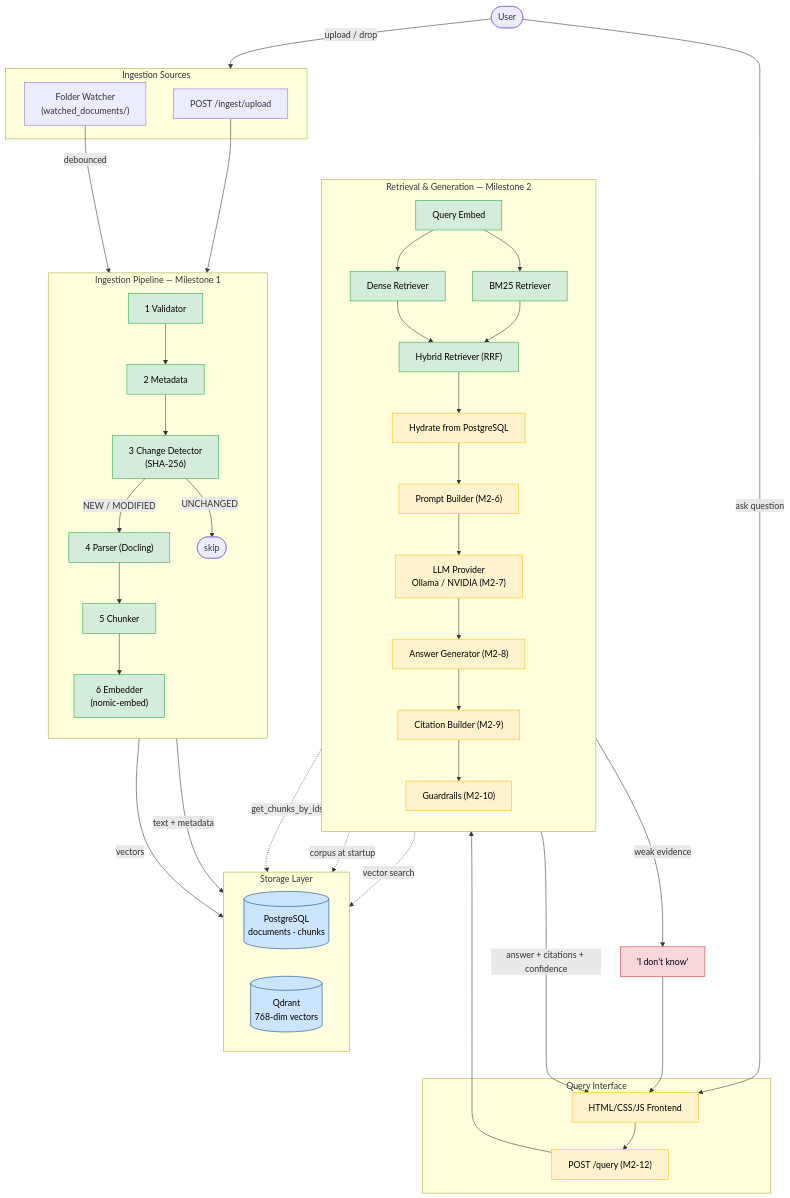
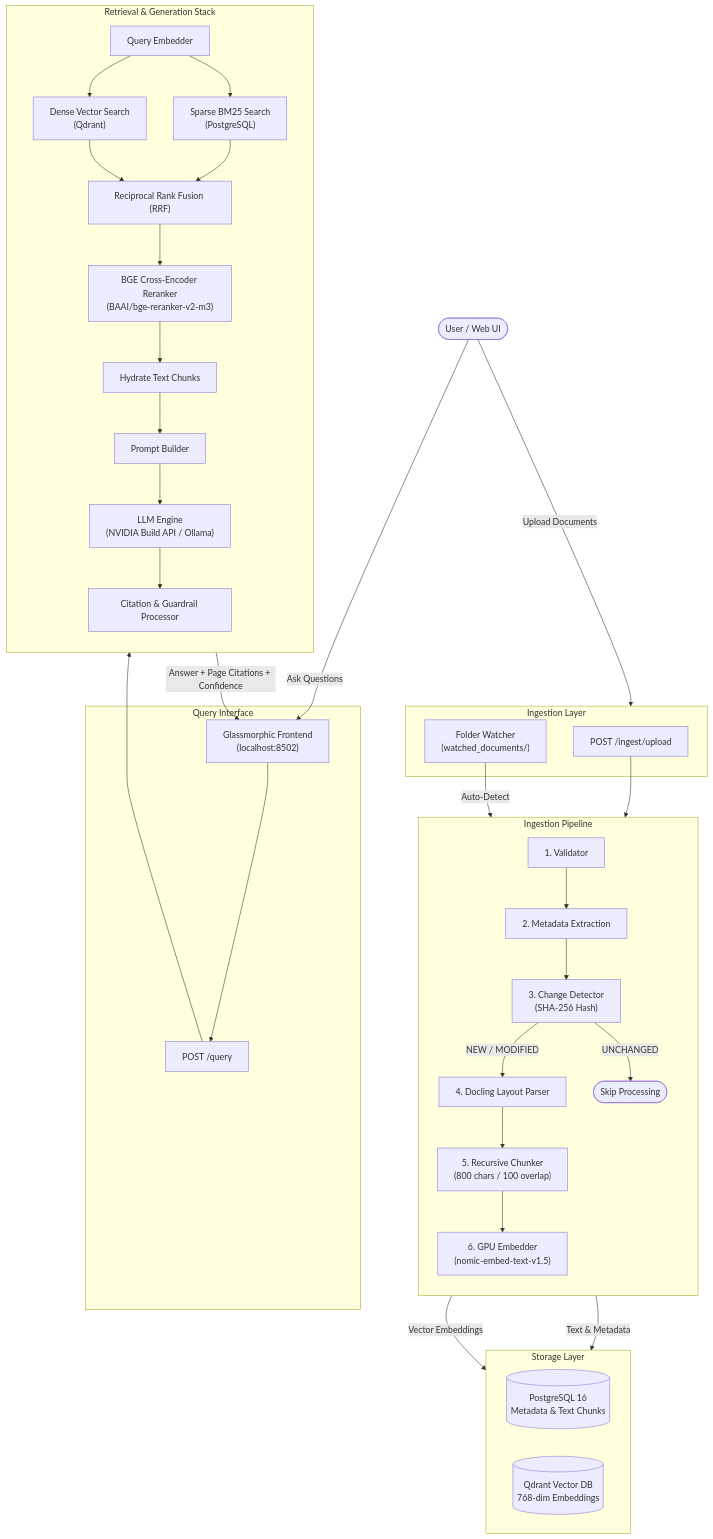
Before and after one commit to verdhanyash/AtlasIQ: the diagram in README.md, drawn with Mermaid. The commit also changed other lines of this file, not shown here.

Commit message:
docs: Redesign README.md with comprehensive end-to-end architecture, features, tech stack, and API documentation

````diff
--- a/README.md
+++ b/README.md
@@ -105,68 +40,54 @@
 ```mermaid
 flowchart TB
-    User([User])
+    User([User / Web UI])
 
-    subgraph EntryPoints["Ingestion Sources"]
+    subgraph EntryPoints["Ingestion Layer"]
         UploadAPI["POST /ingest/upload"]
         FolderWatcher["Folder Watcher<br/>(watched_documents/)"]
     end
 
     subgraph QueryEntry["Query Interface"]
-        FrontendUI["HTML/CSS/JS Frontend"]
-        QueryAPI["POST /query (M2-12)"]
+        FrontendUI["Glassmorphic Frontend<br/>(localhost:8502)"]
+        QueryAPI["POST /query"]
     end
 
-    User -->|upload / drop| EntryPoints
-    User -->|ask question| FrontendUI --> QueryAPI
+    User -->|Upload Documents| EntryPoints
+    User -->|Ask Questions| FrontendUI --> QueryAPI
 
-    subgraph Ingestion["Ingestion Pipeline — Milestone 1"]
+    subgraph IngestionPipeline["Ingestion Pipeline"]
         direction TB
-        Validator["1 Validator"] --> Metadata["2 Metadata"]
-        Metadata --> ChangeDetect["3 Change Detector<br/>(SHA-256)"]
-        ChangeDetect -->|NEW / MODIFIED| Parser["4 Parser (Docling)"]
-        ChangeDetect -->|UNCHANGED| Skip([skip])
-        Parser --> Chunker["5 Chunker"] --> Embedder["6 Embedder<br/>(nomic-embed)"]
+        Validator["1. Validator"] --> Metadata["2. Metadata Extraction"]
+        Metadata --> ChangeDetect["3. Change Detector<br/>(SHA-256 Hash)"]
+        ChangeDetect -->|NEW / MODIFIED| Parser["4. Docling Layout Parser"]
+        ChangeDetect -->|UNCHANGED| Skip([Skip Processing])
+        Parser --> Chunker["5. Recursive Chunker<br/>(800 chars / 100 overlap)"]
+        Chunker --> Embedder["6. GPU Embedder<br/>(nomic-embed-text-v1.5)"]
     end
 
     UploadAPI --> Validator
-    FolderWatcher -->|debounced| Validator
+    FolderWatcher -->|Auto-Detect| Validator
 
-    subgraph Storage["Storage Layer"]
+    subgraph StorageLayer["Storage Layer"]
         direction LR
-        PostgreSQL[("PostgreSQL<br/>documents · chunks")]
-        Qdrant[("Qdrant<br/>768-dim vectors")]
+        PostgreSQL[("PostgreSQL 16<br/>Metadata & Text Chunks")]
+        Qdrant[("Qdrant Vector DB<br/>768-dim Embeddings")]
     end
 
-    Embedder -->|text + metadata| PostgreSQL
-    Embedder -->|vectors| Qdrant
+    Embedder -->|Text & Metadata| PostgreSQL
+    Embedder -->|Vector Embeddings| Qdrant
 
-    subgraph Retrieval["Retrieval &amp; Generation — Milestone 2"]
+    subgraph RetrievalPipeline["Retrieval & Generation Stack"]
         direction TB
-        QEmbed["Query Embed"] --> Dense["Dense Retriever"] & BM25["BM25 Retriever"]
-        Dense --> Hybrid["Hybrid Retriever (RRF)"]
-        BM25 --> Hybrid
-        Hybrid --> Hydrate["Hydrate from PostgreSQL"]
-        Hydrate --> Prompt["Prompt Builder (M2-6)"]
-        Prompt --> LLM["LLM Provider<br/>Ollama / NVIDIA (M2-7)"]
-        LLM --> Gen["Answer Generator (M2-8)"]
-        Gen --> Cite["Citation Builder (M2-9)"]
-        Cite --> Guard["Guardrails (M2-10)"]
+        QEmbed["Query Embedder"] --> Dense["Dense Vector Search<br/>(Qdrant)"] & BM25["Sparse BM25 Search<br/>(PostgreSQL)"]
+        Dense --> RRF["Reciprocal Rank Fusion (RRF)"]
+        BM25 --> RRF
+        RRF --> Reranker["BGE Cross-Encoder Reranker<br/>(BAAI/bge-reranker-v2-m3)"]
+        Reranker --> Hydrate["Hydrate Text Chunks"]
+        Hydrate --> Prompt["Prompt Builder"]
+        Prompt --> LLMProvider["LLM Engine<br/>(NVIDIA Build API / Ollama)"]
+        LLMProvider --> Citation["Citation & Guardrail Processor"]
     end
 
     QueryAPI --> QEmbed
-    Dense -.->|vector search| Qdrant
-    BM25 -.->|corpus at startup| PostgreSQL
-    Hydrate -.->|get_chunks_by_ids| PostgreSQL
-    Guard -->|answer + citations + confidence| FrontendUI
-    Guard -->|weak evidence| Refusal["'I don't know'"] --> FrontendUI
-
-    classDef done fill:#d4edda,stroke:#28a745,color:#000
-    classDef wip fill:#fff3cd,stroke:#ffc107,color:#000
-    classDef planned fill:#f8d7da,stroke:#dc3545,color:#000
-    classDef store fill:#cce5ff,stroke:#004085,color:#000
-
-    class Validator,Metadata,ChangeDetect,Parser,Chunker,Embedder,QEmbed,Dense,BM25,Hybrid done
-    class Hydrate,Prompt,LLM,Gen,Cite,Guard,QueryAPI,FrontendUI wip
-    class Refusal planned
-    class PostgreSQL,Qdrant store
+    Citation -->|Answer + Page Citations + Confidence| FrontendUI
 ```
````
